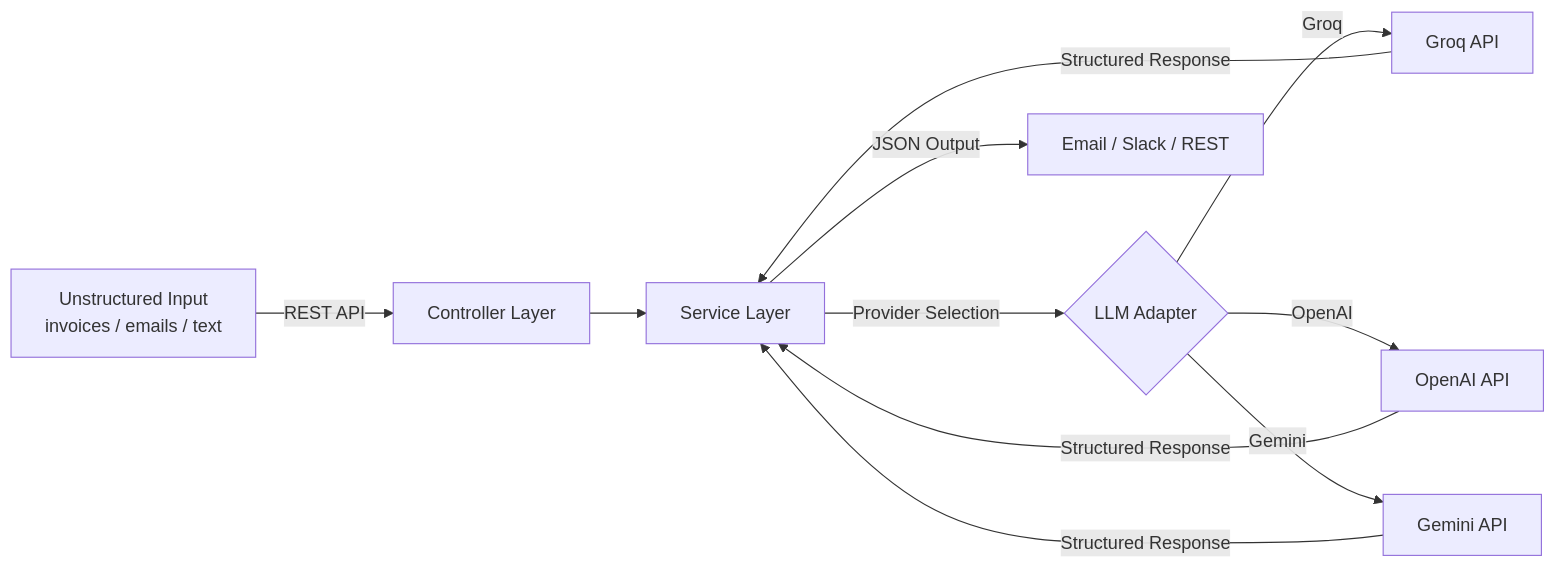
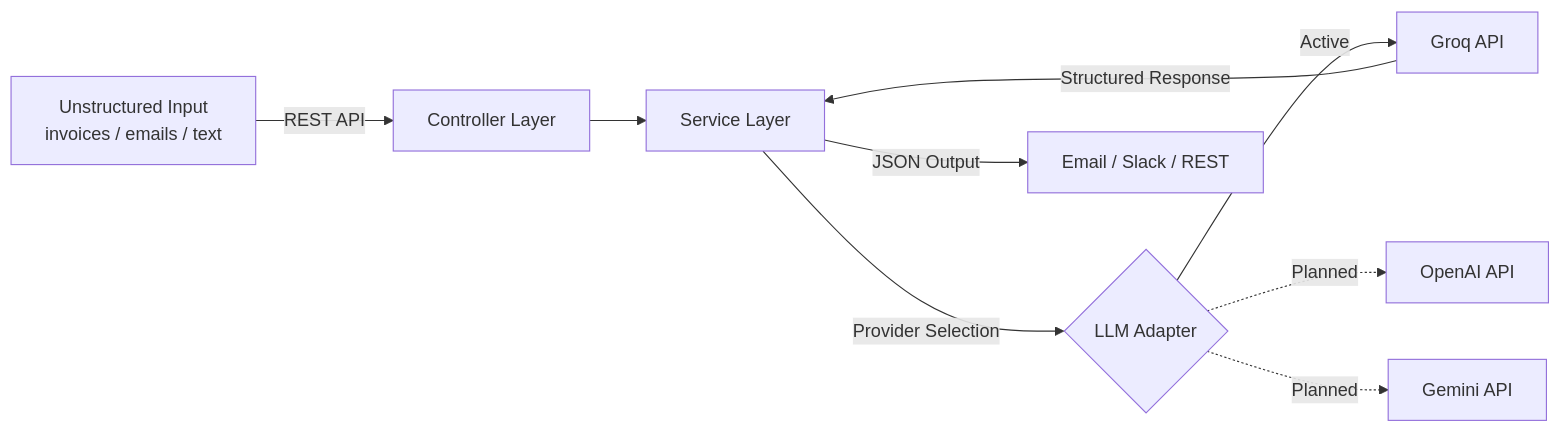
The diagram in README.md (ukoquique-proves/VIDEO-AUTOM), drawn with Mermaid before and after one commit. The commit also changed other lines of this file and 14 other files, not shown here.

````diff
--- a/README.md
+++ b/README.md
@@ -34,12 +34,12 @@
 ```mermaid
 graph LR
     A[Unstructured Input
  invoices / emails / text] -->|REST API| B[Controller Layer]
     B --> C[Service Layer]
     C -->|Provider Selection| D{LLM Adapter}
-    D -->|Groq| E[Groq API]
-    D -->|OpenAI| F[OpenAI API]
-    D -->|Gemini| G[Gemini API]
-    E & F & G -->|Structured Response| C
+    D -->|Active| E[Groq API]
+    D -.->|Planned| F[OpenAI API]
+    D -.->|Planned| G[Gemini API]
+    E -->|Structured Response| C
     C -->|JSON Output| H[Email / Slack / REST]
 ```
````
